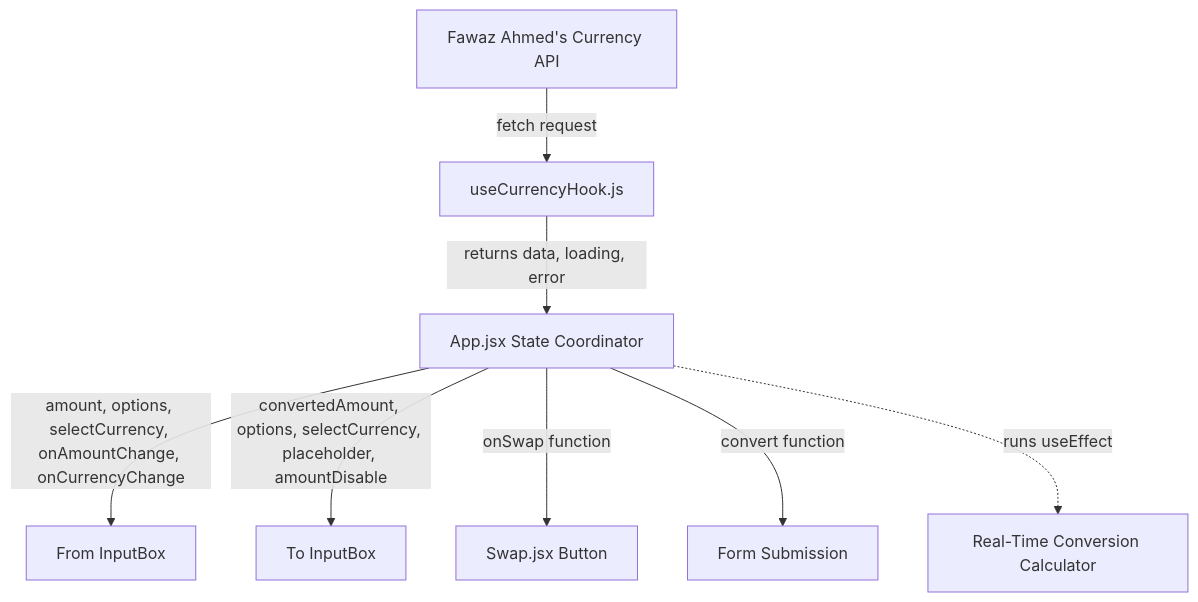
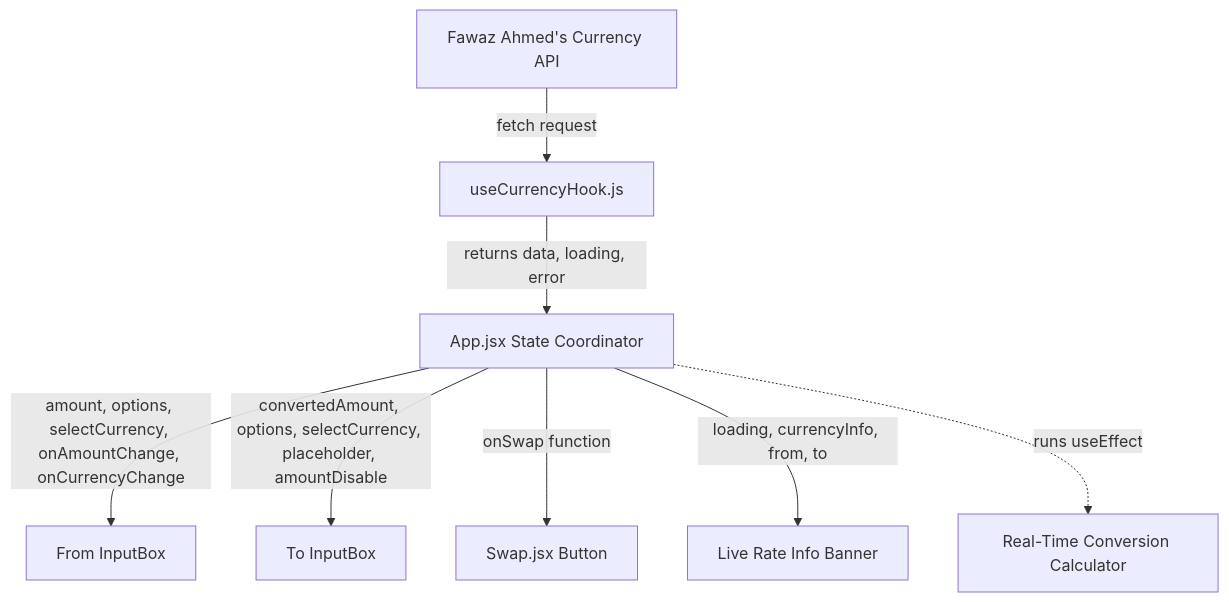
One commit to zeroTwoishan/CurrencyConverter changed the diagram in layout_reference.md. Above: the diagram before and after it, drawn with Mermaid. The commit also changed other lines of this file, not shown here.

Commit message:
docs: update layout reference to document the new live exchange rate display banner

````diff
--- a/layout_reference.md
+++ b/layout_reference.md
@@ -9,12 +9,12 @@
 ```mermaid
 graph TD
     API[Fawaz Ahmed's Currency API] -->|fetch request| Hook[useCurrencyHook.js]
     Hook -->|returns data, loading, error| App[App.jsx State Coordinator]
     
     App -->|amount, options, selectCurrency, onAmountChange, onCurrencyChange| FromCard[From InputBox]
     App -->|convertedAmount, options, selectCurrency, placeholder, amountDisable| ToCard[To InputBox]
     App -->|onSwap function| SwapBtn[Swap.jsx Button]
-    App -->|convert function| Form[Form Submission]
+    App -->|loading, currencyInfo, from, to| InfoBanner[Live Rate Info Banner]
     
     App -.->|runs useEffect| Calculate[Real-Time Conversion Calculator]
 ```
````
